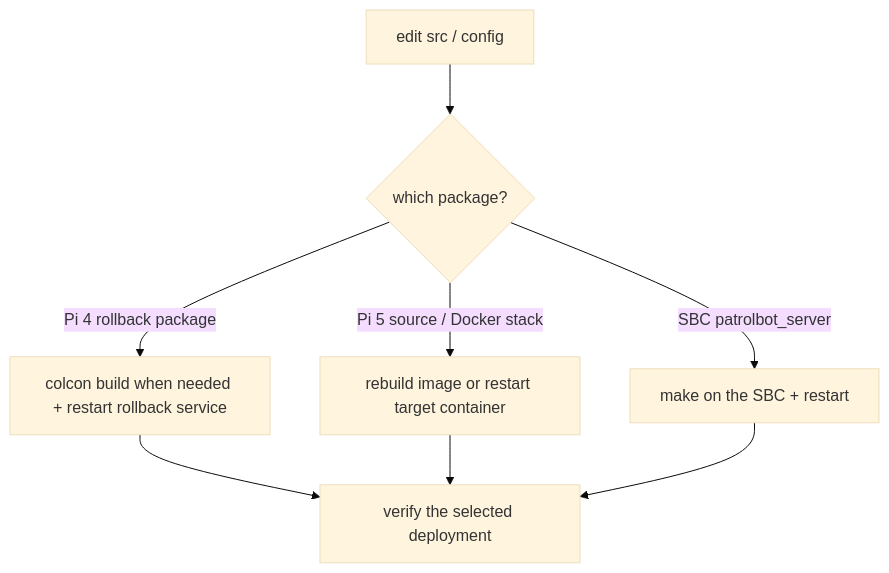
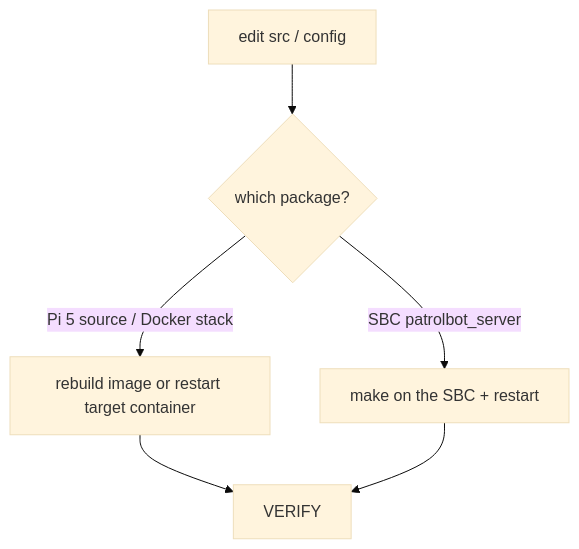
Before and after one commit to cmu-impactlab/patrolbot: the diagram in docs/deployment/updates.md, drawn with Mermaid (base theme). The commit also changed other lines of this file and 31 other files, not shown here.

````diff
--- a/docs/deployment/updates.md
+++ b/docs/deployment/updates.md
@@ -13,10 +13,8 @@
 ```mermaid
 flowchart TB
     EDIT["edit src / config"] --> WHICH{which package?}
     WHICH -->|Pi 5 source / Docker stack| DOCKER["rebuild image or restart target container"]
-    WHICH -->|Pi 4 rollback package| BUILD["colcon build when needed + restart rollback service"]
     WHICH -->|SBC patrolbot_server| MAKE["make on the SBC + restart"]
-    BUILD --> VERIFY["verify the selected deployment"]
     DOCKER --> VERIFY
     MAKE --> VERIFY
 ```
````
